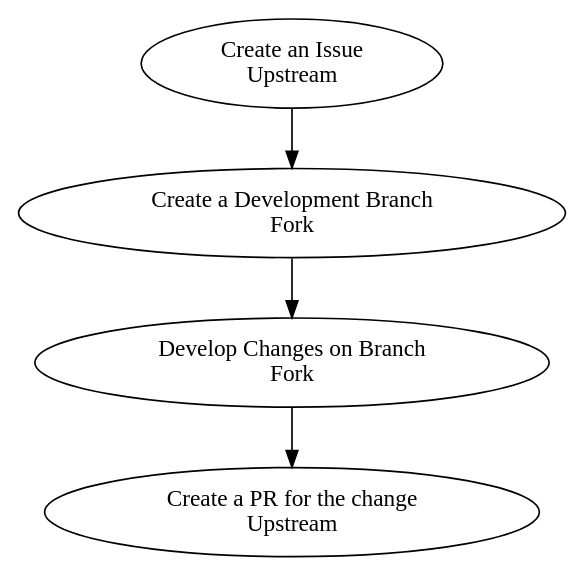
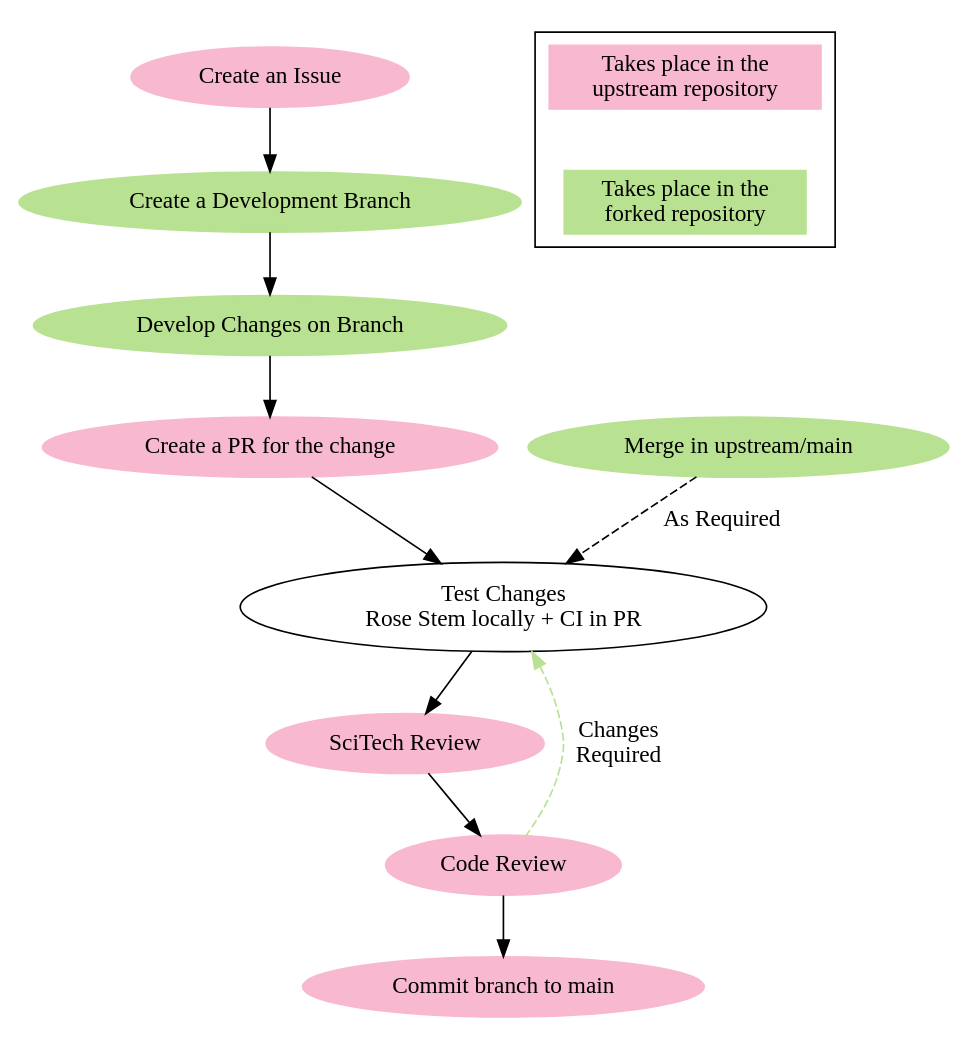
Before and after one commit to MetOffice/simulation-systems: the diagram in source/WorkingPractices/working_practices.rst, drawn with Graphviz. The commit also changed other lines of this file and 1 other file, not shown here.

```diff
--- a/source/WorkingPractices/working_practices.rst
+++ b/source/WorkingPractices/working_practices.rst
@@ -105,9 +103,28 @@
 .. graphviz::
 
   digraph {
     create_issue -> create_branch -> development -> create_pr;
-    create_issue [label="Create an Issue\nUpstream"]
-    create_branch [label="Create a Development Branch\nFork"]
-    development [label="Develop Changes on Branch\nFork"]
-    create_pr [label="Create a PR for the change\nUpstream"]
+    create_issue [label="Create an Issue", style=filled, color="#f8b8d0"]
+    create_branch [label="Create a Development Branch", style=filled, color="#b9e192"]
+    development [label="Develop Changes on Branch", style=filled, color="#b9e192"]
+    create_pr [label="Create a PR for the change", style=filled, color="#f8b8d0"]
+
+    create_pr -> test_change;
+    test_change [label="Test Changes\nRose Stem locally + CI in PR"]
+
+    test_change -> scitech -> code_review -> commit_ticket;
+    scitech [label="SciTech Review", style=filled, color="#f8b8d0"]
+    code_review[label="Code Review", style=filled, color="#f8b8d0"]
+    commit_ticket[label="Commit branch to main", style=filled, color="#f8b8d0"]
+
+    merge_main -> test_change [style="dashed", label="As Required"];
+    merge_main [label="Merge in upstream/main", style=filled, color="#b9e192"]
+
+    test_change -> code_review [dir=back, style="dashed", label="Changes\nRequired", color="#b9e192"];
+
+    subgraph cluster0 {
+      upstream -> fork [style=invis];
+      upstream [label="Takes place in the\nupstream repository", style=filled, color="#f8b8d0", shape=box]
+      fork [label="Takes place in the\nforked repository", style=filled, color="#b9e192", shape=box]
     }
+    }
```
